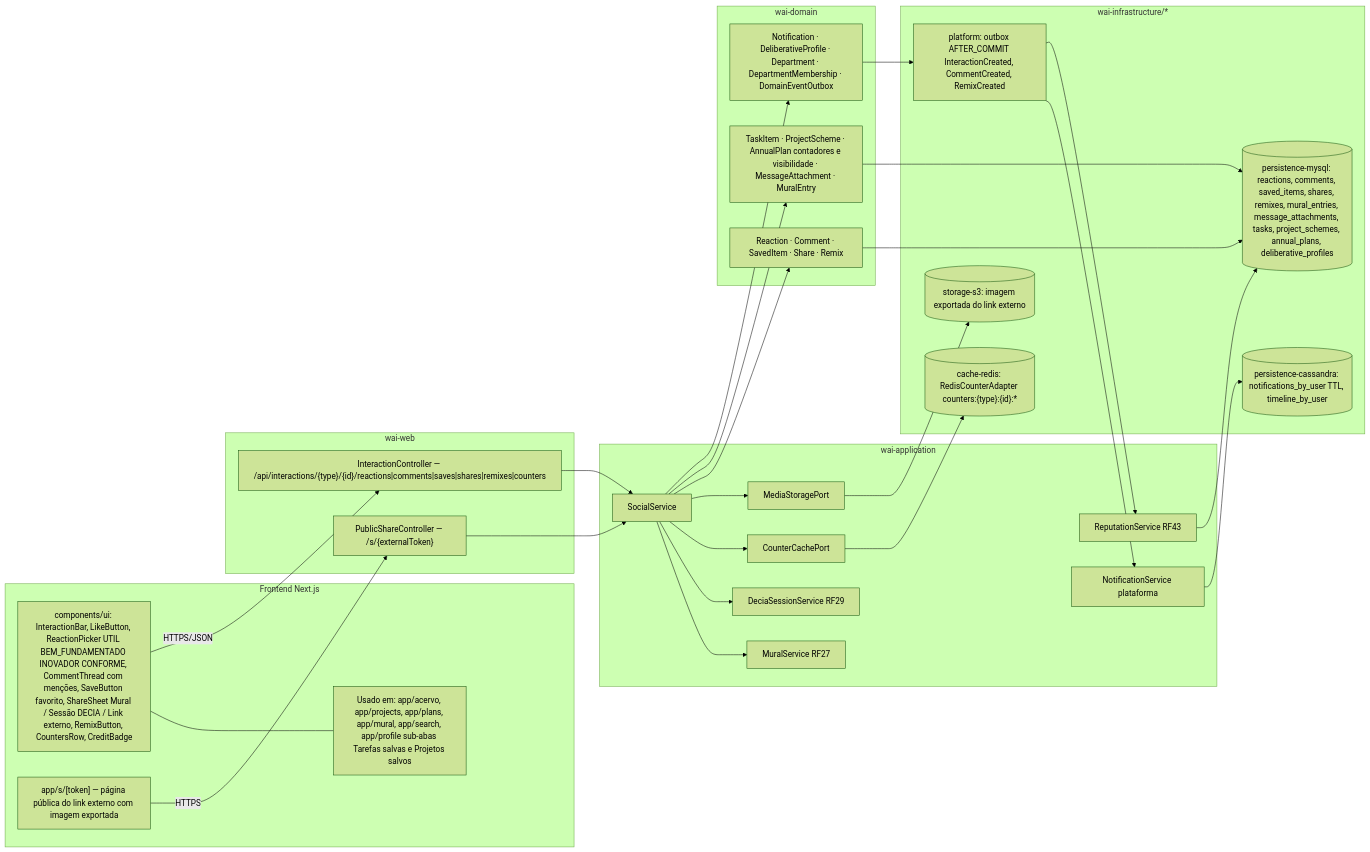
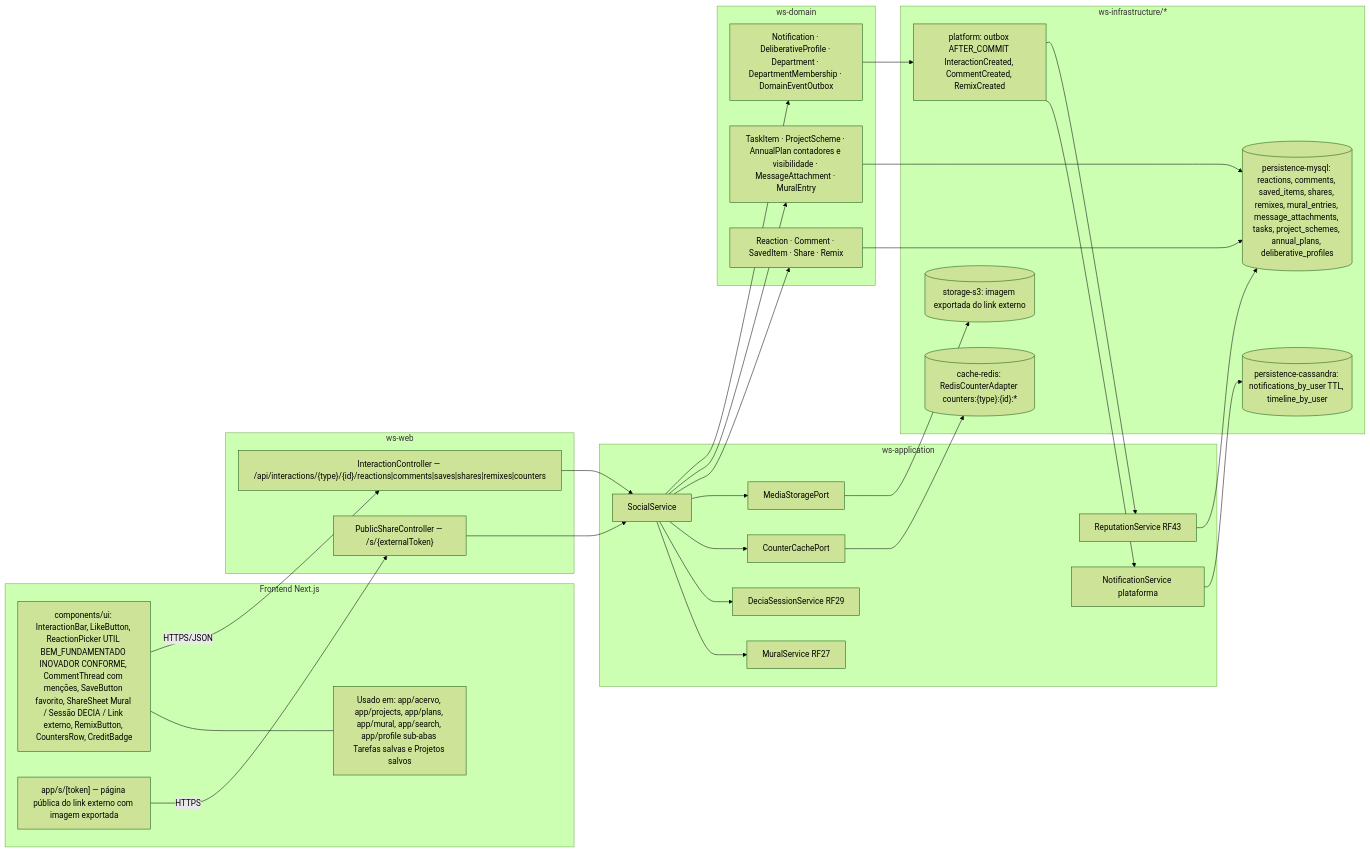
Before and after one commit to MatheusHaliski/Decia-app-2026: the fifth of 5 diagrams in docs/diagramas/RF26/README.md, drawn with Mermaid (forest theme). The commit also changed other lines of this file and 65 other files, not shown here.

First line of the commit message:
docs: renomeia o produto para Work Station (módulos ws-*), UserPreferences no diagrama v1, RF44/RF45 ajustados, design system (tokens, components.css, 66 ícones, 112 anatomias SVG, galeria e capturas) e dúvidas Q-36..Q-43

````diff
--- a/docs/diagramas/RF26/README.md
+++ b/docs/diagramas/RF26/README.md
@@ -551,59 +551,59 @@
 ```mermaid
 flowchart LR
   subgraph FE["Frontend Next.js"]
     F1["components/ui: InteractionBar, LikeButton, ReactionPicker UTIL BEM_FUNDAMENTADO INOVADOR CONFORME, CommentThread com menções, SaveButton favorito, ShareSheet Mural / Sessão DECIA / Link externo, RemixButton, CountersRow, CreditBadge"]
     F2["Usado em: app/acervo, app/projects, app/plans, app/mural, app/search, app/profile sub-abas Tarefas salvas e Projetos salvos"]
     F3["app/s/[token] — página pública do link externo com imagem exportada"]
   end
 
-  subgraph WEB["wai-web"]
+  subgraph WEB["ws-web"]
     C1["InteractionController — /api/interactions/{type}/{id}/reactions|comments|saves|shares|remixes|counters"]
     C2["PublicShareController — /s/{externalToken}"]
   end
 
-  subgraph APP["wai-application"]
+  subgraph APP["ws-application"]
     S1["SocialService"]
     S2["MuralService RF27"]
     S3["DeciaSessionService RF29"]
     S4["NotificationService plataforma"]
     S5["ReputationService RF43"]
     P1["CounterCachePort"]
     P2["MediaStoragePort"]
   end
 
-  subgraph DOM["wai-domain"]
+  subgraph DOM["ws-domain"]
     D1["Reaction · Comment · SavedItem · Share · Remix"]
     D2["TaskItem · ProjectScheme · AnnualPlan contadores e visibilidade · MessageAttachment · MuralEntry"]
     D3["Notification · DeliberativeProfile · Department · DepartmentMembership · DomainEventOutbox"]
   end
 
-  subgraph INFRA["wai-infrastructure/*"]
+  subgraph INFRA["ws-infrastructure/*"]
     I1[("persistence-mysql: reactions, comments, saved_items, shares, remixes, mural_entries, message_attachments, tasks, project_schemes, annual_plans, deliberative_profiles")]
     I2[("cache-redis: RedisCounterAdapter counters:{type}:{id}:*")]
     I3[("persistence-cassandra: notifications_by_user TTL, timeline_by_user")]
     I4[("storage-s3: imagem exportada do link externo")]
     I5["platform: outbox AFTER_COMMIT InteractionCreated, CommentCreated, RemixCreated"]
   end
 
   F1 --- F2
   F1 -->|"HTTPS/JSON"| C1
   F3 -->|"HTTPS"| C2
   C1 --> S1
   C2 --> S1
   S1 --> S2
   S1 --> S3
   S1 --> P1
   S1 --> P2
   S1 --> D1
   S1 --> D2
   S1 --> D3
   D3 --> I5
   I5 --> S4
   I5 --> S5
   S4 --> I3
   S5 --> I1
   D1 --> I1
   D2 --> I1
   P1 --> I2
   P2 --> I4
 ```
````
